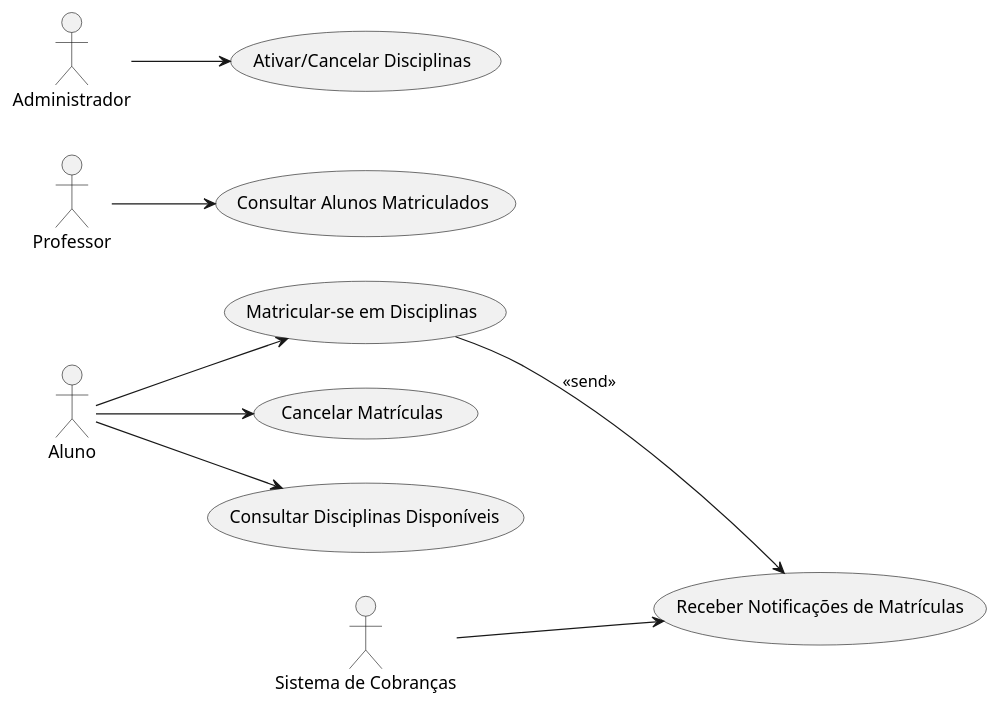
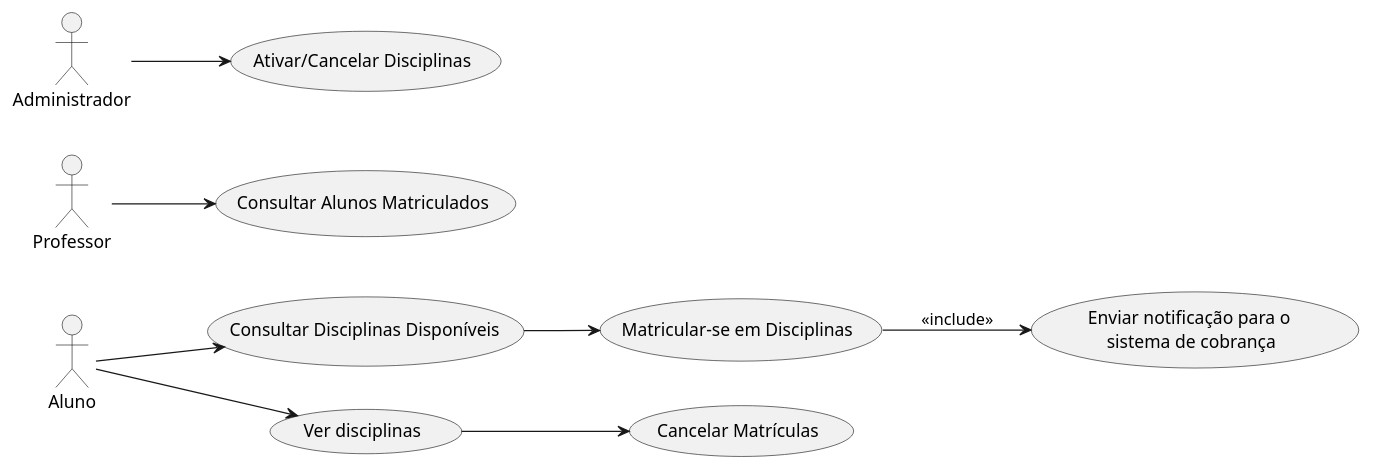
One commit to Salomao0tavio/SistemaMatriculas changed the diagram in projeto/casoDeUso.puml. Above: the diagram before and after it, drawn with PlantUML.

Commit message:
atualização caso de uso

```diff
--- a/projeto/casoDeUso.puml
+++ b/projeto/casoDeUso.puml
@@ -1,27 +1,27 @@
 @startuml SistemaDeMatriculas
 left to right direction
 
 actor Aluno
 actor Professor
 actor Administrador
-actor "Sistema de Cobranças" as SistemaCobrancas
 
 usecase "Matricular-se em Disciplinas" as UC1
 usecase "Cancelar Matrículas" as UC2
 usecase "Consultar Disciplinas Disponíveis" as UC3
 usecase "Consultar Alunos Matriculados" as UC4
 usecase "Ativar/Cancelar Disciplinas" as UC5
-usecase "Receber Notificações de Matrículas" as UC6
+usecase "Enviar notificação para o \nsistema de cobrança" as UC6
+usecase "Ver disciplinas" as UC7
 
-Aluno --> UC1
-Aluno --> UC2
 Aluno --> UC3
+Aluno --> UC7
+
+UC3 --> UC1
+UC1 --> UC6 : <<include>>
+UC7 --> UC2
 
 Professor --> UC4
 
 Administrador --> UC5
 
-SistemaCobrancas --> UC6
-
-UC1 --> UC6 : <<send>>
 @enduml
```
